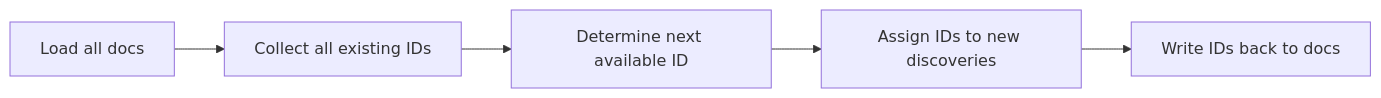
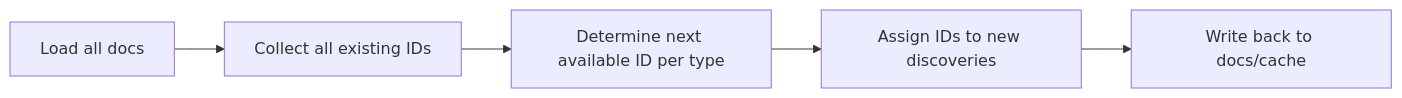
One commit to nestharus/ai-workflow changed diagram 21 of 30 in .tasks/plans/algorithm graph creator/feedback.md. Above: the diagram before and after it, drawn with Mermaid. The commit also changed other lines of this file, not shown here.

First line of the commit message:
Update algorithm graph creator with revised ownership model

````diff
--- a/.tasks/plans/algorithm graph creator/feedback.md
+++ b/.tasks/plans/algorithm graph creator/feedback.md
@@ -490,7 +700,7 @@
 ```mermaid
 flowchart LR
     IN[Load all docs] --> COLLECT[Collect all existing IDs]
-    COLLECT --> NEXT[Determine next available ID]
+    COLLECT --> NEXT[Determine next available ID per type]
     NEXT --> ASSIGN[Assign IDs to new discoveries]
-    ASSIGN --> PERSIST[Write IDs back to docs]
+    ASSIGN --> PERSIST[Write back to docs/cache]
 ```
````
